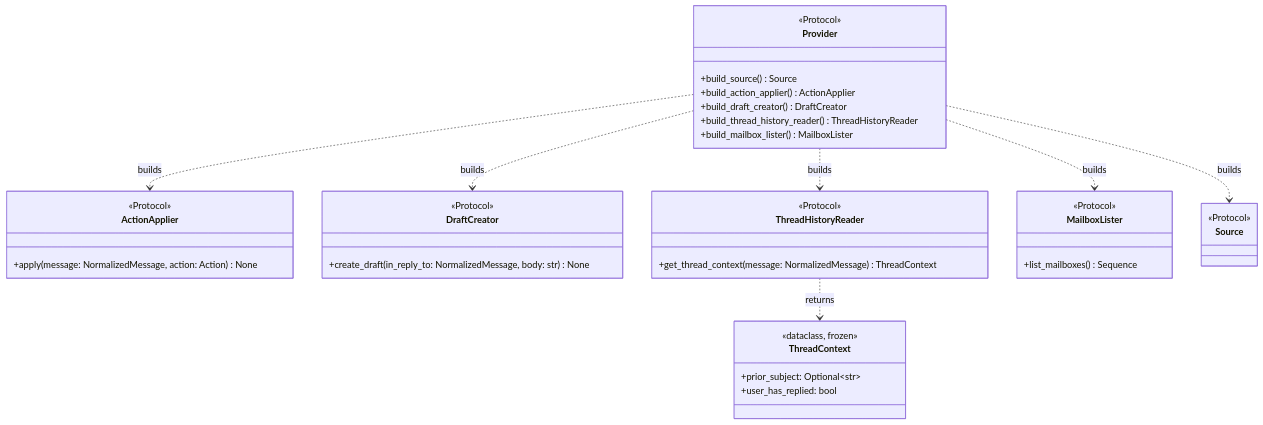
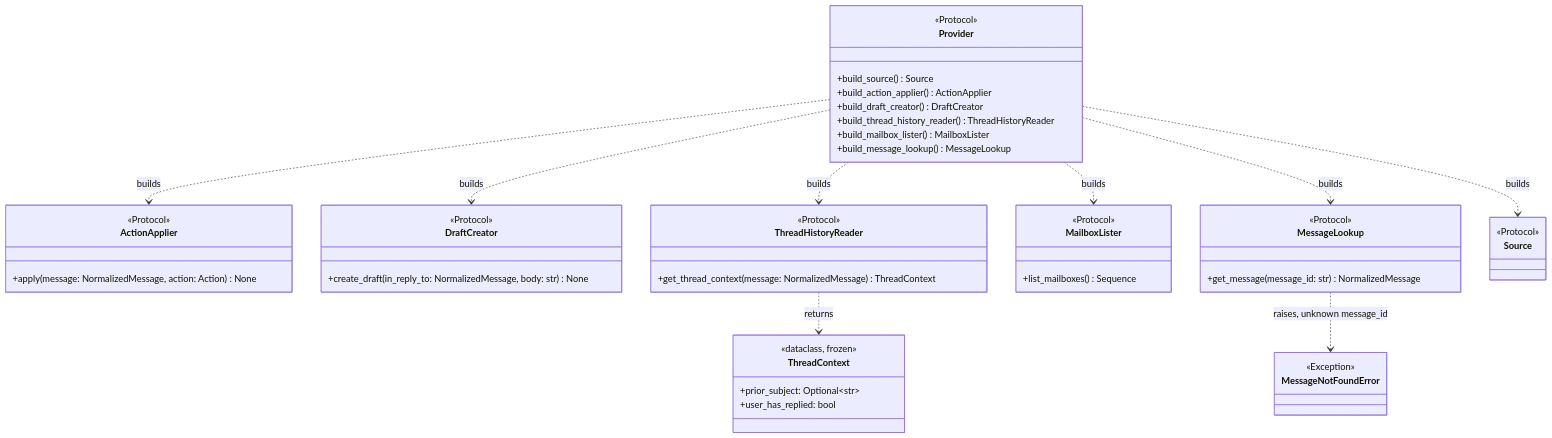
One commit to Stainless5166/friendly-octo-spork changed the fifth of 34 diagrams in docs/DESIGN.md. Above: the diagram before and after it, drawn with Mermaid. The commit also changed other lines of this file, not shown here.

````diff
--- a/docs/DESIGN.md
+++ b/docs/DESIGN.md
@@ -637,40 +639,48 @@
 ```mermaid
 classDiagram
     class ActionApplier {
         <<Protocol>>
         +apply(message: NormalizedMessage, action: Action) None
     }
     class DraftCreator {
         <<Protocol>>
         +create_draft(in_reply_to: NormalizedMessage, body: str) None
     }
     class ThreadContext {
         <<dataclass, frozen>>
         +prior_subject: Optional~str~
         +user_has_replied: bool
     }
     class ThreadHistoryReader {
         <<Protocol>>
         +get_thread_context(message: NormalizedMessage) ThreadContext
     }
     class MailboxLister {
         <<Protocol>>
         +list_mailboxes() Sequence
     }
+    class MessageNotFoundError { <<Exception>> }
+    class MessageLookup {
+        <<Protocol>>
+        +get_message(message_id: str) NormalizedMessage
+    }
     class Provider {
         <<Protocol>>
         +build_source() Source
         +build_action_applier() ActionApplier
         +build_draft_creator() DraftCreator
         +build_thread_history_reader() ThreadHistoryReader
         +build_mailbox_lister() MailboxLister
+        +build_message_lookup() MessageLookup
     }
     class Source { <<Protocol>> }
 
     Provider ..> Source : builds
     Provider ..> ActionApplier : builds
     Provider ..> DraftCreator : builds
     Provider ..> ThreadHistoryReader : builds
     Provider ..> MailboxLister : builds
+    Provider ..> MessageLookup : builds
     ThreadHistoryReader ..> ThreadContext : returns
+    MessageLookup ..> MessageNotFoundError : raises, unknown message_id
 ```
````
